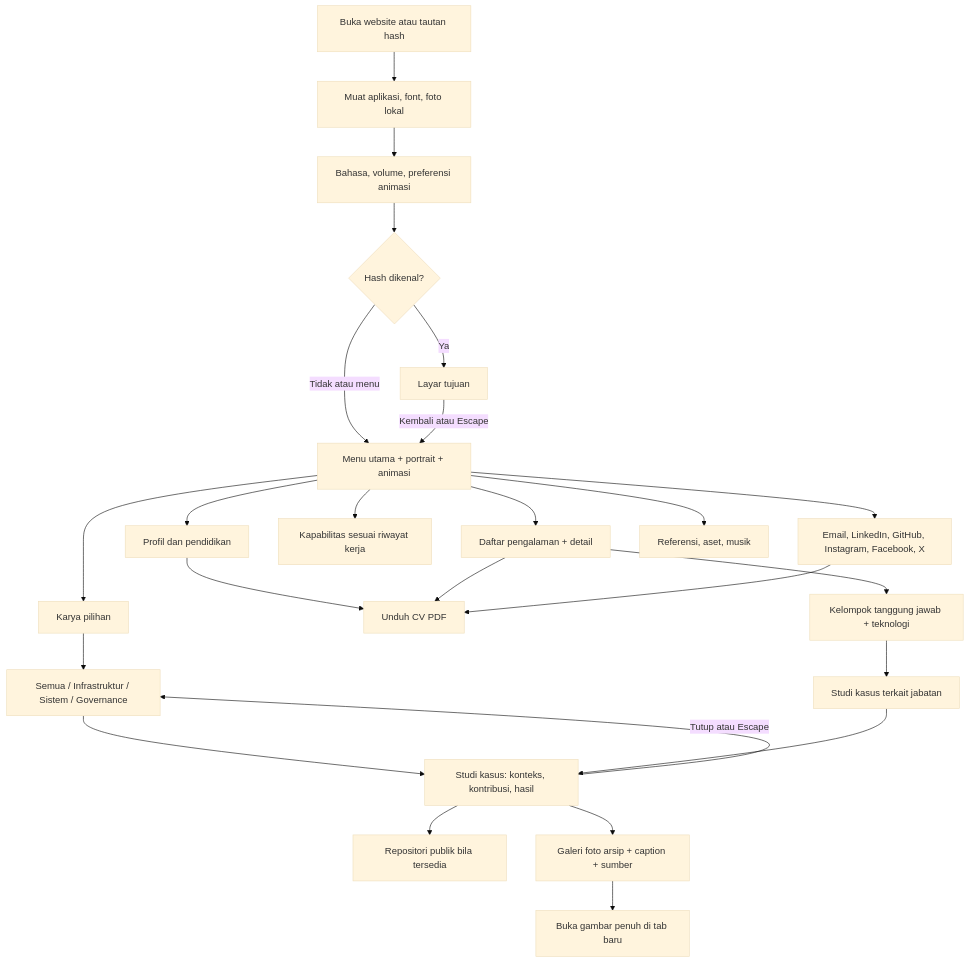
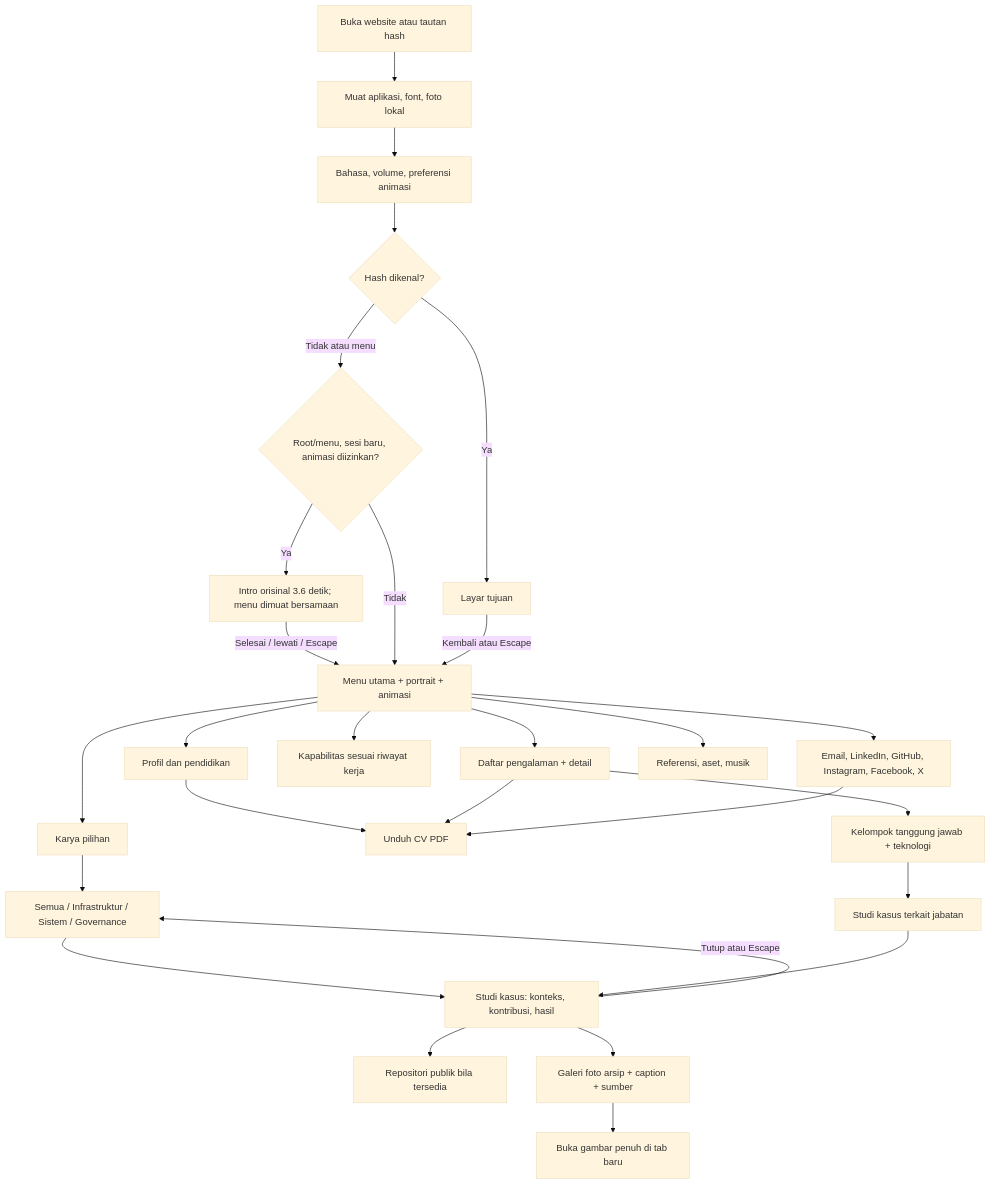
One commit to rickopra/rickopra.github.io changed the first of 6 diagrams in docs/FLOW.md. Above: the diagram before and after it, drawn with Mermaid (base theme). The commit also changed other lines of this file and 12 other files, not shown here.

````diff
--- a/docs/FLOW.md
+++ b/docs/FLOW.md
@@ -7,27 +7,30 @@
 ```mermaid
 flowchart TD
     Open["Buka website atau tautan hash"] --> Load["Muat aplikasi, font, foto lokal"]
     Load --> Preferences["Bahasa, volume, preferensi animasi"]
     Preferences --> Route{"Hash dikenal?"}
-    Route -->|Tidak atau menu| Menu["Menu utama + portrait + animasi"]
+    Route -->|Tidak atau menu| IntroCheck{"Root/menu, sesi baru, animasi diizinkan?"}
+    IntroCheck -->|Ya| Intro["Intro orisinal 3.6 detik; menu dimuat bersamaan"]
+    Intro -->|Selesai / lewati / Escape| Menu["Menu utama + portrait + animasi"]
+    IntroCheck -->|Tidak| Menu
     Route -->|Ya| File["Layar tujuan"]
     Menu --> Profile["Profil dan pendidikan"]
     Menu --> Work["Karya pilihan"]
     Menu --> Career["Daftar pengalaman + detail"]
     Menu --> Skills["Kapabilitas sesuai riwayat kerja"]
     Menu --> Contact["Email, LinkedIn, GitHub, Instagram, Facebook, X"]
     Menu --> Credits["Referensi, aset, musik"]
     Work --> Filter["Semua / Infrastruktur / Sistem / Governance"]
     Filter --> Dialog["Studi kasus: konteks, kontribusi, hasil"]
     Dialog --> Source["Repositori publik bila tersedia"]
     Dialog --> Evidence["Galeri foto arsip + caption + sumber"]
     Evidence --> Full["Buka gambar penuh di tab baru"]
     Dialog -->|Tutup atau Escape| Filter
     Profile --> CV["Unduh CV PDF"]
     Career --> CV
     Career --> Responsibilities["Kelompok tanggung jawab + teknologi"]
     Responsibilities --> Related["Studi kasus terkait jabatan"]
     Related --> Dialog
     Contact --> CV
     File -->|Kembali atau Escape| Menu
 ```
````
